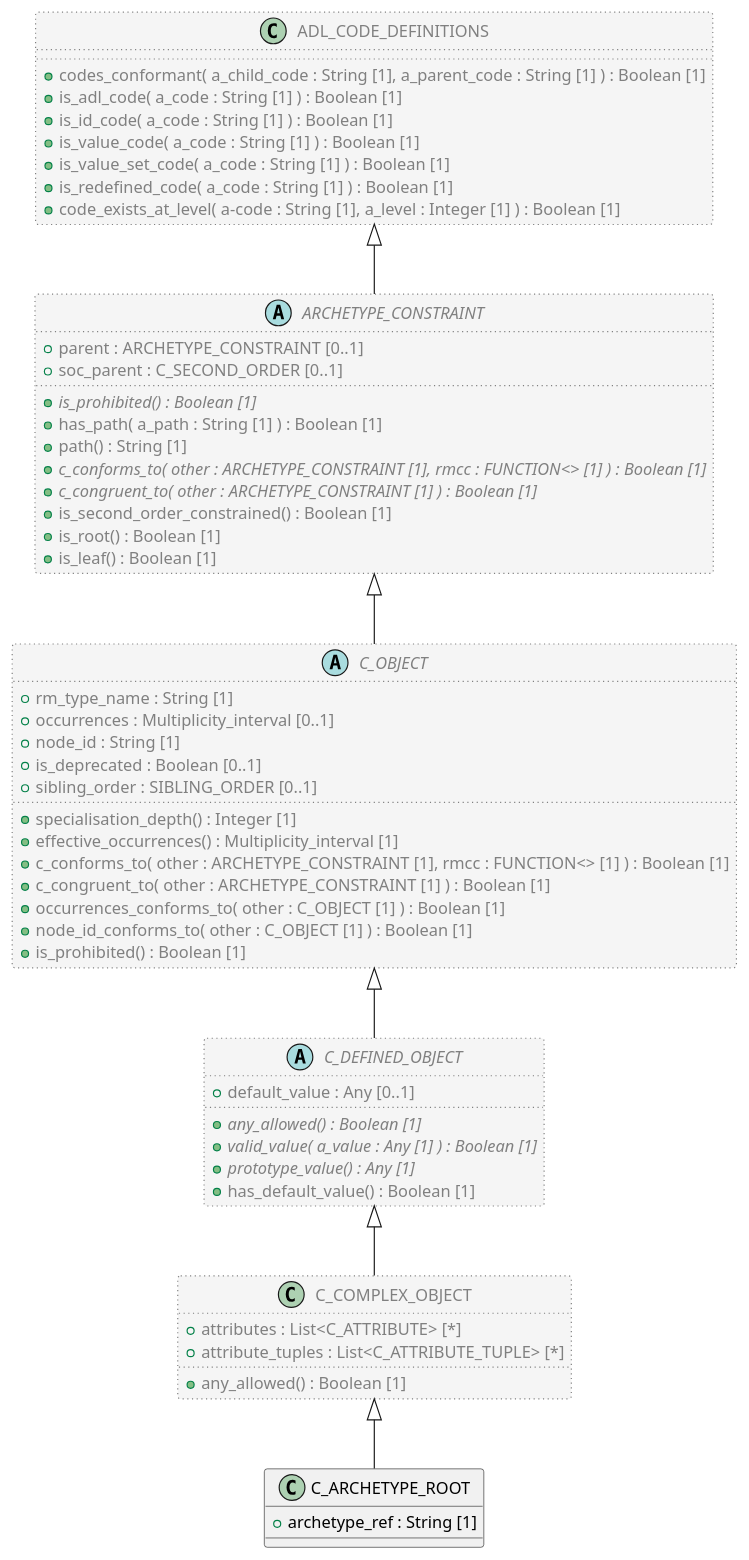
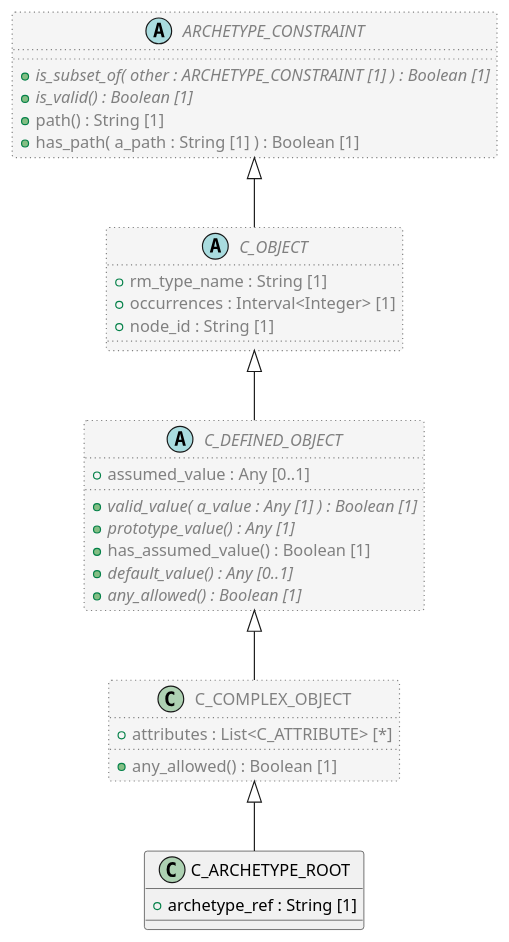
The diagram in code/Adoc/openehr_am_2.3.0/plantUML/classes/org.openehr.am.aom2.c_archetype_root.adoc (sebastian-iancu/code-generator), drawn with PlantUML before and after one commit. The commit also changed 1228 other files, not shown here.

```diff
--- a/code/Adoc/openehr_am_2.3.0/plantUML/classes/org.openehr.am.aom2.c_archetype_root.adoc
+++ b/code/Adoc/openehr_am_2.3.0/plantUML/classes/org.openehr.am.aom2.c_archetype_root.adoc
@@ -1,73 +1,46 @@
 [plantuml,C_ARCHETYPE_ROOT,format=svg,svg-type="inline"]
 -----
 @startuml
 
 class C_ARCHETYPE_ROOT {
   + archetype_ref : String [1]
 }
 
 class C_COMPLEX_OBJECT  #whitesmoke;line:gray;line.dotted;text:gray {
   + attributes : List<C_ATTRIBUTE> [*]
-  + attribute_tuples : List<C_ATTRIBUTE_TUPLE> [*]
   + any_allowed() : Boolean [1]
 }
 
 abstract class C_DEFINED_OBJECT  #whitesmoke;line:gray;line.dotted;text:gray {
-  + default_value : Any [0..1]
-  + {abstract} any_allowed() : Boolean [1]
+  + assumed_value : Any [0..1]
   + {abstract} valid_value( a_value : Any [1] ) : Boolean [1]
   + {abstract} prototype_value() : Any [1]
-  + has_default_value() : Boolean [1]
+  + has_assumed_value() : Boolean [1]
+  + {abstract} default_value() : Any [0..1]
+  + {abstract} any_allowed() : Boolean [1]
 }
 
 abstract class C_OBJECT  #whitesmoke;line:gray;line.dotted;text:gray {
   + rm_type_name : String [1]
-  + occurrences : Multiplicity_interval [0..1]
+  + occurrences : Interval<Integer> [1]
   + node_id : String [1]
-  + is_deprecated : Boolean [0..1]
-  + sibling_order : SIBLING_ORDER [0..1]
-  + specialisation_depth() : Integer [1]
-  + effective_occurrences() : Multiplicity_interval [1]
-  + c_conforms_to( other : ARCHETYPE_CONSTRAINT [1], rmcc : FUNCTION<> [1] ) : Boolean [1]
-  + c_congruent_to( other : ARCHETYPE_CONSTRAINT [1] ) : Boolean [1]
-  + occurrences_conforms_to( other : C_OBJECT [1] ) : Boolean [1]
-  + node_id_conforms_to( other : C_OBJECT [1] ) : Boolean [1]
-  + is_prohibited() : Boolean [1]
 }
 
 abstract class ARCHETYPE_CONSTRAINT  #whitesmoke;line:gray;line.dotted;text:gray {
-  + parent : ARCHETYPE_CONSTRAINT [0..1]
-  + soc_parent : C_SECOND_ORDER [0..1]
-  + {abstract} is_prohibited() : Boolean [1]
+  + {abstract} is_subset_of( other : ARCHETYPE_CONSTRAINT [1] ) : Boolean [1]
+  + {abstract} is_valid() : Boolean [1]
+  + path() : String [1]
   + has_path( a_path : String [1] ) : Boolean [1]
-  + path() : String [1]
-  + {abstract} c_conforms_to( other : ARCHETYPE_CONSTRAINT [1], rmcc : FUNCTION<> [1] ) : Boolean [1]
-  + {abstract} c_congruent_to( other : ARCHETYPE_CONSTRAINT [1] ) : Boolean [1]
-  + is_second_order_constrained() : Boolean [1]
-  + is_root() : Boolean [1]
-  + is_leaf() : Boolean [1]
 }
-
-class ADL_CODE_DEFINITIONS  #whitesmoke;line:gray;line.dotted;text:gray {
-  + codes_conformant( a_child_code : String [1], a_parent_code : String [1] ) : Boolean [1]
-  + is_adl_code( a_code : String [1] ) : Boolean [1]
-  + is_id_code( a_code : String [1] ) : Boolean [1]
-  + is_value_code( a_code : String [1] ) : Boolean [1]
-  + is_value_set_code( a_code : String [1] ) : Boolean [1]
-  + is_redefined_code( a_code : String [1] ) : Boolean [1]
-  + code_exists_at_level( a-code : String [1], a_level : Integer [1] ) : Boolean [1]
-}
-
-ADL_CODE_DEFINITIONS <|-- ARCHETYPE_CONSTRAINT
 
 ARCHETYPE_CONSTRAINT <|-- C_OBJECT
 
 C_OBJECT <|-- C_DEFINED_OBJECT
 
 C_DEFINED_OBJECT <|-- C_COMPLEX_OBJECT
 
 C_COMPLEX_OBJECT <|-- C_ARCHETYPE_ROOT
 
 
 @enduml
 -----
```
